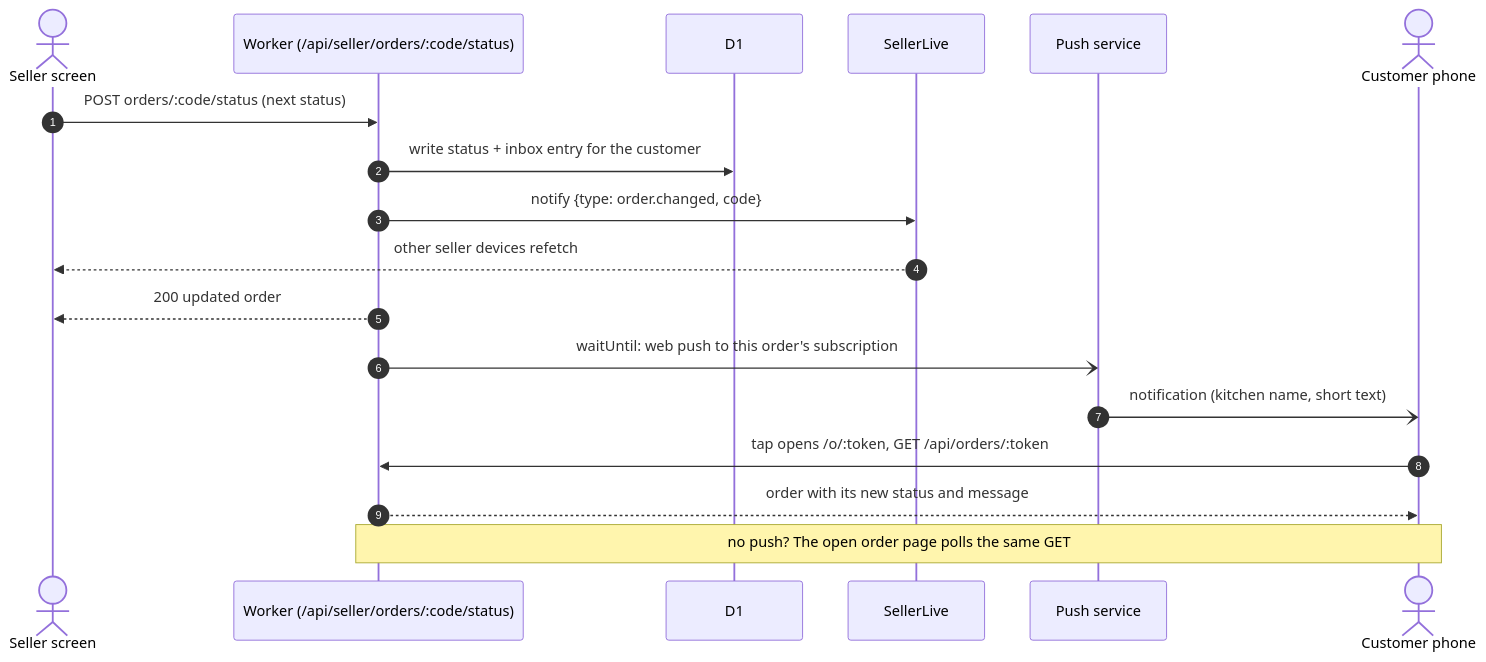
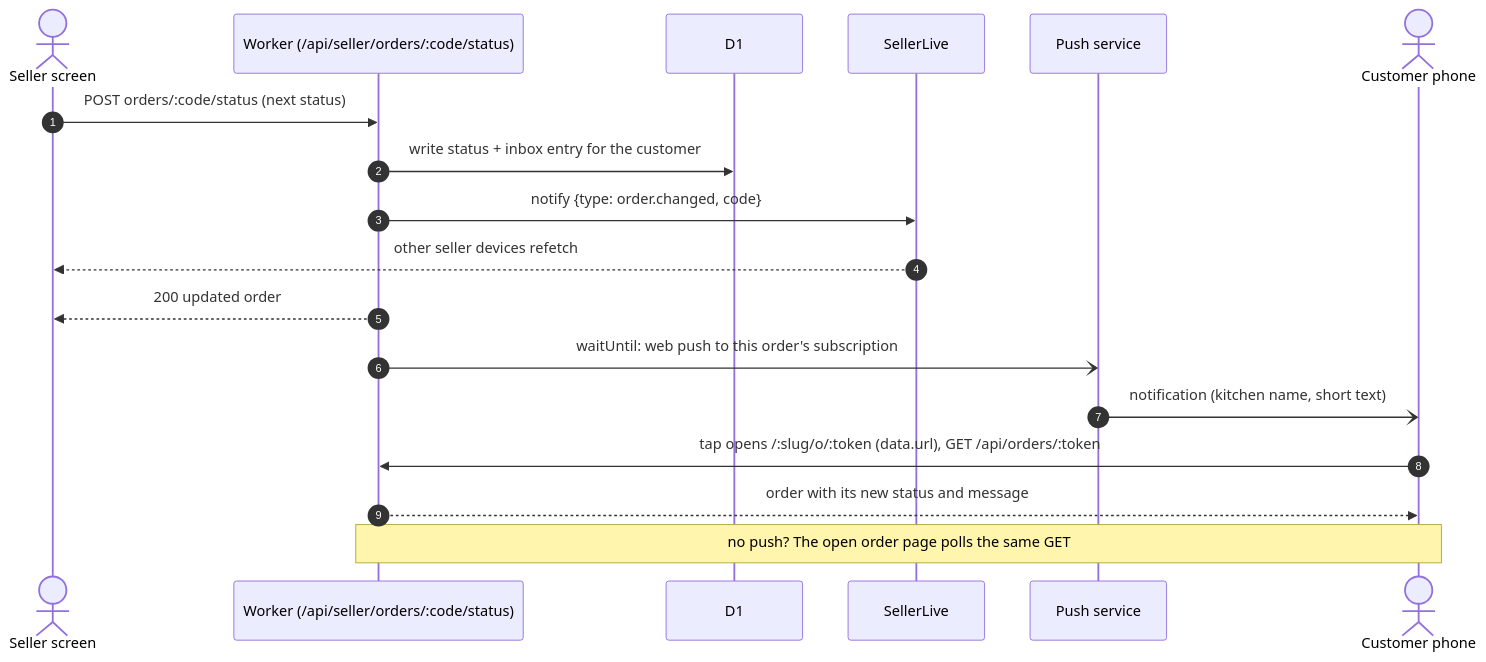
Before and after one commit to Andra-Parwita/OrderingApp: the second of 11 diagrams in docs/architecture/sequences.md, drawn with Mermaid. The commit also changed other lines of this file and 117 other files, not shown here.

````diff
--- a/docs/architecture/sequences.md
+++ b/docs/architecture/sequences.md
@@ -41,21 +41,21 @@
 ```mermaid
 sequenceDiagram
     autonumber
     actor S as Seller screen
     participant W as Worker (/api/seller/orders/:code/status)
     participant D as D1
     participant L as SellerLive
     participant P as Push service
     actor C as Customer phone
 
     S->>W: POST orders/:code/status (next status)
     W->>D: write status + inbox entry for the customer
     W->>L: notify {type: order.changed, code}
     L-->>S: other seller devices refetch
     W-->>S: 200 updated order
     W-)P: waitUntil: web push to this order's subscription
     P-)C: notification (kitchen name, short text)
-    C->>W: tap opens /o/:token, GET /api/orders/:token
+    C->>W: tap opens /:slug/o/:token (data.url), GET /api/orders/:token
     W-->>C: order with its new status and message
     Note over C,W: no push? The open order page polls the same GET
 ```
````
